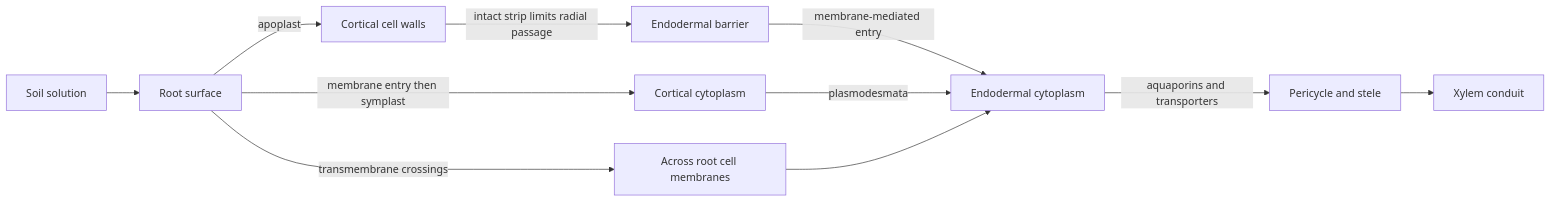
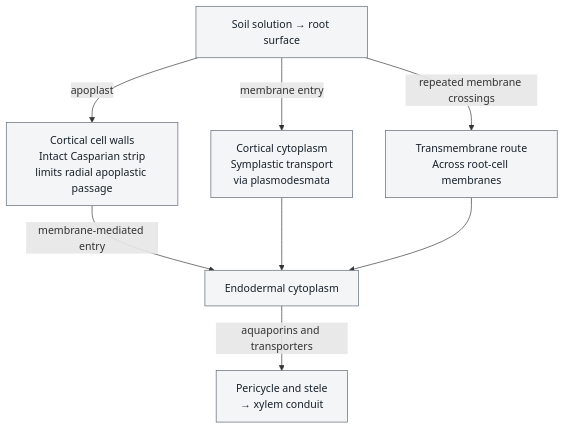
Before and after one commit to docxology/biology_textbook: the third of 6 diagrams in docs/manuscript/unit_VIII/plant_structure_and_water.md, drawn with Mermaid. The commit also changed other lines of this file and 41 other files, not shown here.

````diff
--- a/docs/manuscript/unit_VIII/plant_structure_and_water.md
+++ b/docs/manuscript/unit_VIII/plant_structure_and_water.md
@@ -377,13 +385,16 @@
 ```mermaid
-flowchart LR
-    Soil[Soil solution] --> RH[Root surface]
-    RH -->|apoplast| CW1[Cortical cell walls]
-    RH -->|membrane entry then symplast| Cyto1[Cortical cytoplasm]
-    CW1 -->|intact strip limits radial passage| EndoBlock[Endodermal barrier]
-    EndoBlock -->|membrane-mediated entry| Endo[Endodermal cytoplasm]
-    Cyto1 -->|plasmodesmata| Endo
-    RH -->|transmembrane crossings| TC[Across root cell membranes]
-    TC --> Endo
-    Endo -->|aquaporins and transporters| PCyl[Pericycle and stele]
-    PCyl --> Xylem[Xylem conduit]
+---
+config:
+  layout: dagre
+---
+flowchart TB
+    SOIL["Soil solution → root surface"]
+    SOIL -->|apoplast| APO["Cortical cell walls<br/>Intact Casparian strip<br/>limits radial apoplastic passage"]
+    SOIL -->|membrane entry| SYM["Cortical cytoplasm<br/>Symplastic transport<br/>via plasmodesmata"]
+    SOIL -->|repeated membrane crossings| TRANS["Transmembrane route<br/>Across root-cell membranes"]
+    APO -->|membrane-mediated entry| ENDO["Endodermal cytoplasm"]
+    SYM --> ENDO
+    TRANS --> ENDO
+    ENDO -->|aquaporins and transporters| STELE["Pericycle and stele<br/>→ xylem conduit"]
+    classDef default fill:#f4f5f6,stroke:#59636e,color:#17212b
 ```
````
